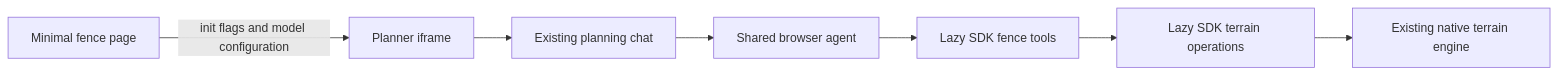
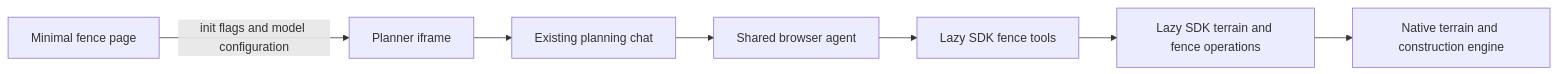
The diagram in docs/fence-assistant-overview.md (roomle-dev/roomle-assistant-poc), drawn with Mermaid before and after one commit. The commit also changed other lines of this file and 7 other files, not shown here.

Commit message:
docs: document native fence authoring tools

````diff
--- a/docs/fence-assistant-overview.md
+++ b/docs/fence-assistant-overview.md
@@ -7,9 +7,9 @@
 ```mermaid
 flowchart LR
   Page[Minimal fence page] -->|init flags and model configuration| UI[Planner iframe]
   UI --> Chat[Existing planning chat]
   Chat --> Agent[Shared browser agent]
   Agent --> Tools[Lazy SDK fence tools]
-  Tools --> Operations[Lazy SDK terrain operations]
-  Operations --> Core[Existing native terrain engine]
+  Tools --> Operations[Lazy SDK terrain and fence operations]
+  Operations --> Core[Native terrain and construction engine]
 ```
````
